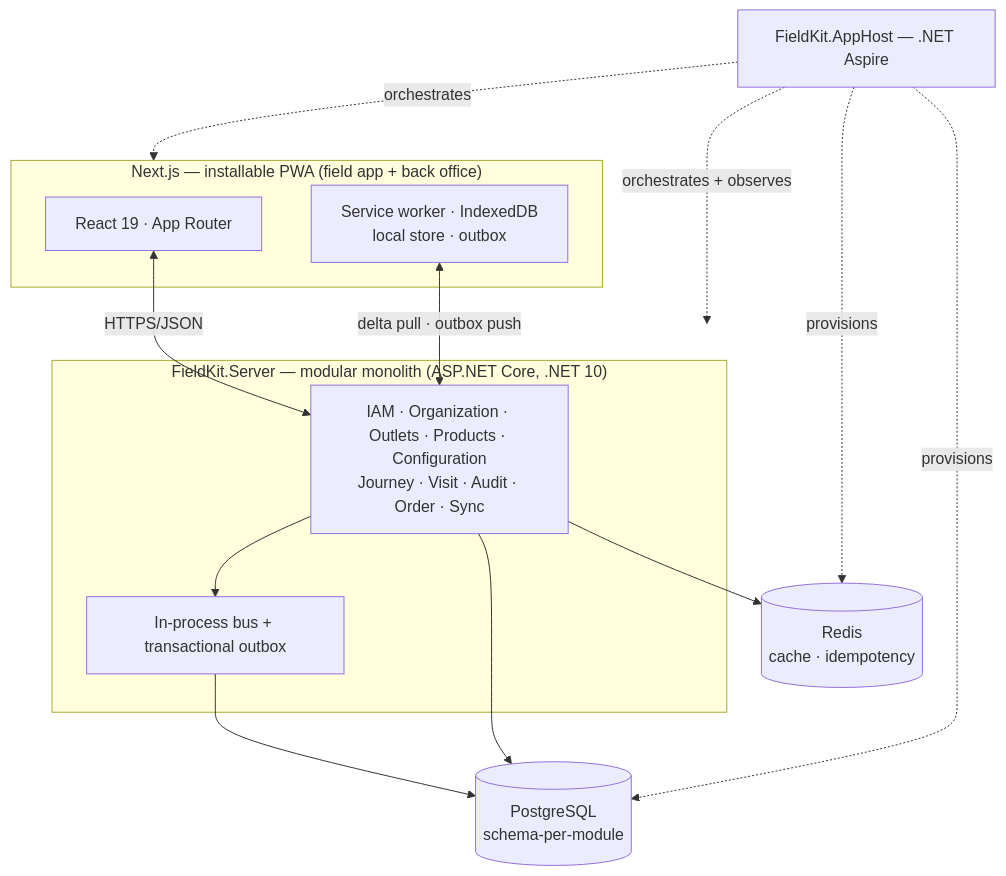
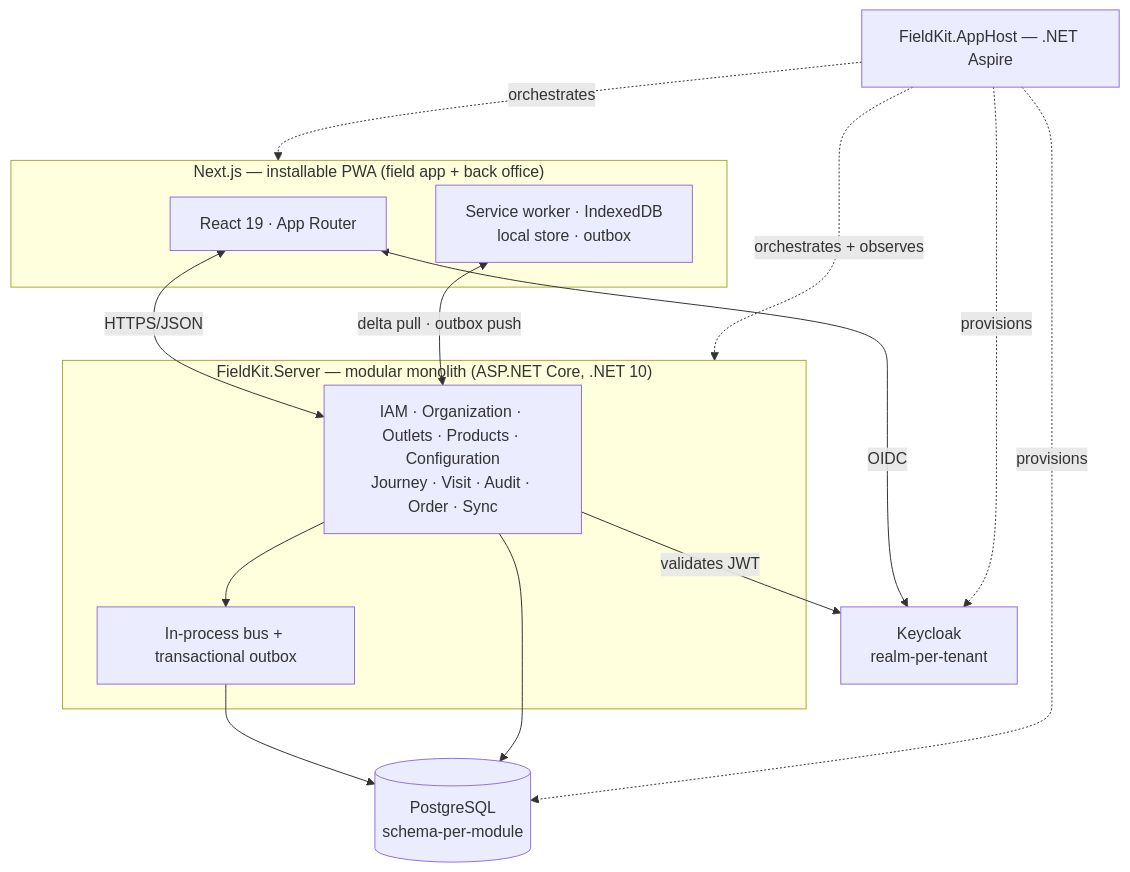
One commit to Tibirot/FieldKit changed the diagram in README.md. Above: the diagram before and after it, drawn with Mermaid. The commit also changed other lines of this file and 3 other files, not shown here.

````diff
--- a/README.md
+++ b/README.md
@@ -41,26 +42,27 @@
 ```mermaid
 flowchart TB
   subgraph client["Next.js — installable PWA (field app + back office)"]
     ui["React 19 · App Router"]
     sw["Service worker · IndexedDB<br/>local store · outbox"]
   end
 
   subgraph server["FieldKit.Server — modular monolith (ASP.NET Core, .NET 10)"]
     mods["IAM · Organization · Outlets · Products · Configuration<br/>Journey · Visit · Audit · Order · Sync"]
     bus["In-process bus + transactional outbox"]
   end
 
   pg[("PostgreSQL<br/>schema-per-module")]
-  redis[("Redis<br/>cache · idempotency")]
+  kc["Keycloak<br/>realm-per-tenant"]
   host["FieldKit.AppHost — .NET Aspire"]
 
   ui <-->|HTTPS/JSON| mods
+  ui <-->|OIDC| kc
   sw <-->|delta pull · outbox push| mods
   mods --> bus --> pg
   mods --> pg
-  mods --> redis
+  mods -->|validates JWT| kc
   host -.->|orchestrates + observes| server
   host -.->|orchestrates| client
   host -.->|provisions| pg
-  host -.->|provisions| redis
+  host -.->|provisions| kc
 ```
````
